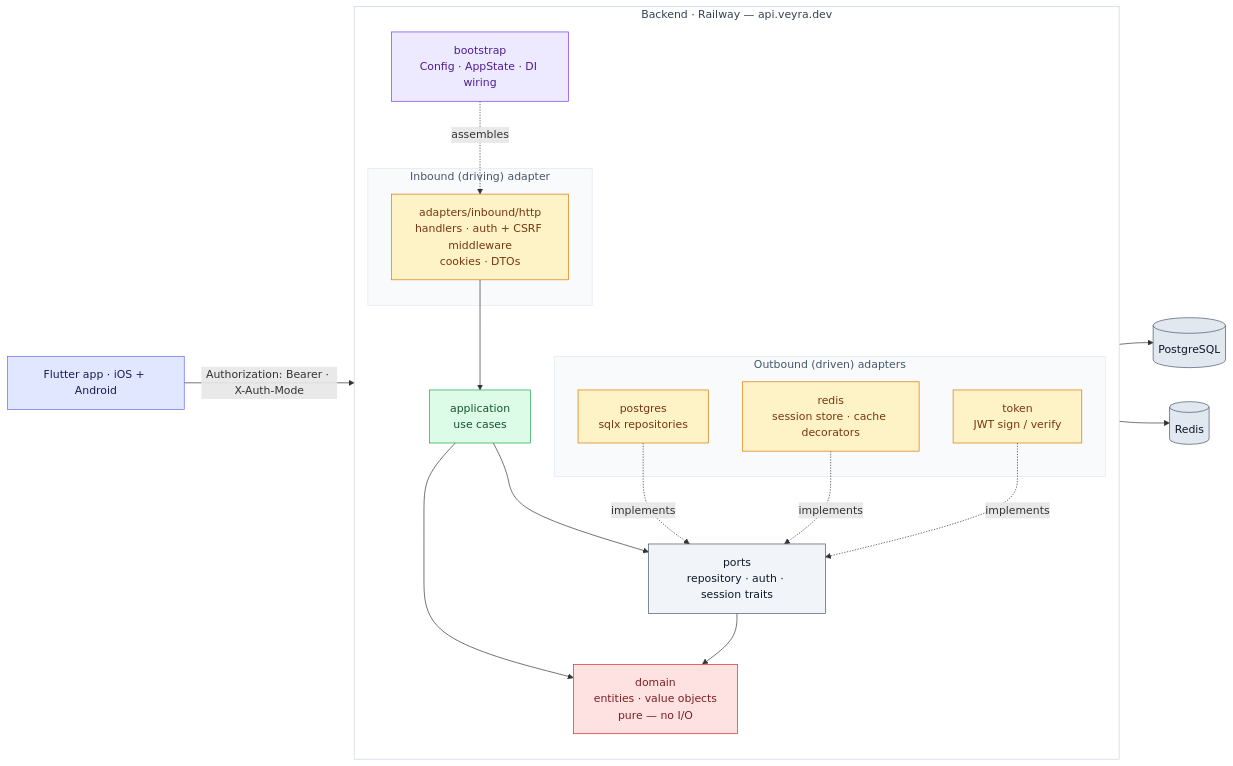
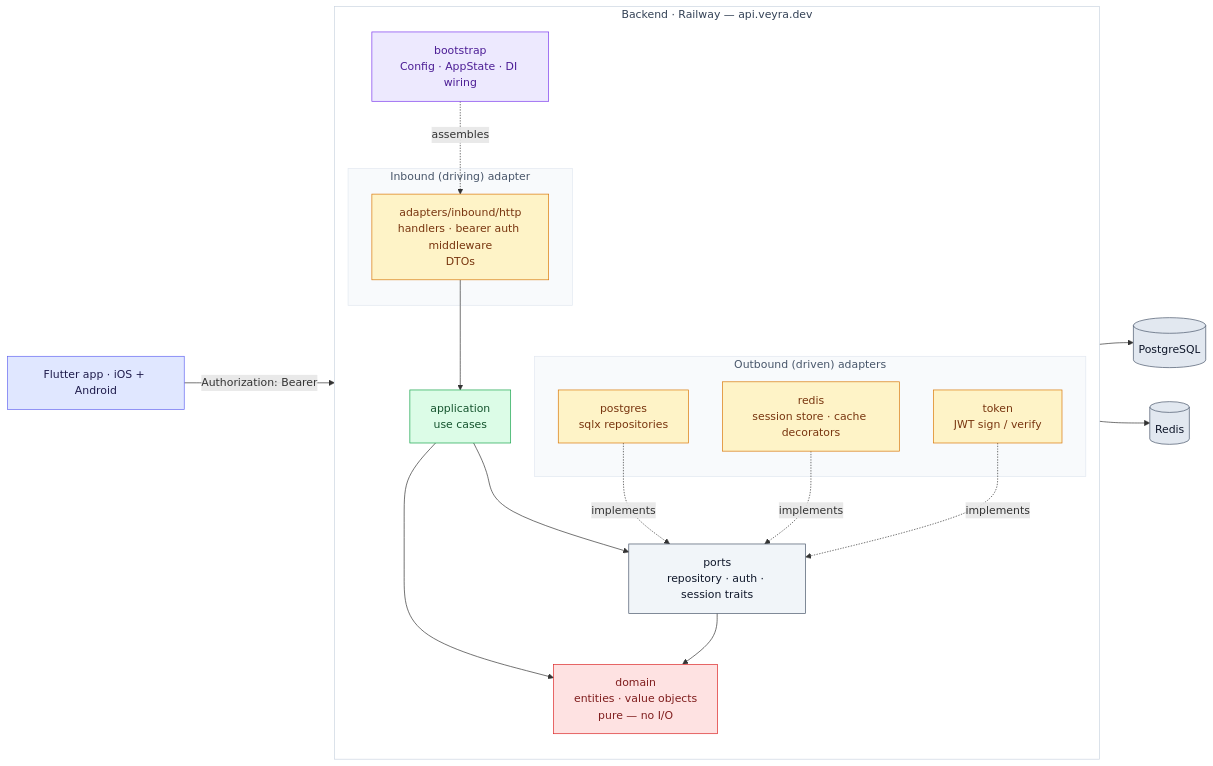
Before and after one commit to oksasatya/veyra: the diagram in README.md, drawn with Mermaid. The commit also changed other lines of this file and 29 other files, not shown here.

First line of the commit message:
refactor(backend): drop cookie/CSRF/CORS auth — bearer-only for mobile

````diff
--- a/README.md
+++ b/README.md
@@ -57,51 +57,51 @@
 ```mermaid
 flowchart LR
   FE["Flutter app · iOS + Android"]:::ext
 
   subgraph RW["Backend · Railway — api.veyra.dev"]
     direction TB
 
     subgraph IN["Inbound (driving) adapter"]
-      H["adapters/inbound/http<br/>handlers · auth + CSRF middleware<br/>cookies · DTOs"]:::adapter
+      H["adapters/inbound/http<br/>handlers · bearer auth middleware<br/>DTOs"]:::adapter
     end
 
     A["application<br/>use cases"]:::app
     P["ports<br/>repository · auth · session traits"]:::port
     D["domain<br/>entities · value objects<br/>pure — no I/O"]:::core
 
     subgraph OUT["Outbound (driven) adapters"]
       PGA["postgres<br/>sqlx repositories"]:::adapter
       RSA["redis<br/>session store · cache decorators"]:::adapter
       TKA["token<br/>JWT sign / verify"]:::adapter
     end
 
     BS["bootstrap<br/>Config · AppState · DI wiring"]:::boot
   end
 
   PG[("PostgreSQL")]:::infra
   RD[("Redis")]:::infra
 
-  FE -->|"Authorization: Bearer · X-Auth-Mode"| H
+  FE -->|"Authorization: Bearer"| H
   H --> A
   A --> P
   A --> D
   P --> D
   PGA -. implements .-> P
   RSA -. implements .-> P
   TKA -. implements .-> P
   PGA --> PG
   RSA --> RD
   BS -. assembles .-> H
 
   classDef ext fill:#e0e7ff,stroke:#6366f1,color:#1e1b4b;
   classDef adapter fill:#fef3c7,stroke:#d97706,color:#78350f;
   classDef app fill:#dcfce7,stroke:#16a34a,color:#14532d;
   classDef port fill:#f1f5f9,stroke:#475569,color:#0f172a;
   classDef core fill:#fee2e2,stroke:#dc2626,color:#7f1d1d;
   classDef infra fill:#e2e8f0,stroke:#475569,color:#0f172a;
   classDef boot fill:#ede9fe,stroke:#7c3aed,color:#4c1d95;
 
   style RW fill:#ffffff,stroke:#cbd5e1,color:#334155
   style IN fill:#f8fafc,stroke:#e2e8f0,color:#475569
   style OUT fill:#f8fafc,stroke:#e2e8f0,color:#475569
 ```
````
